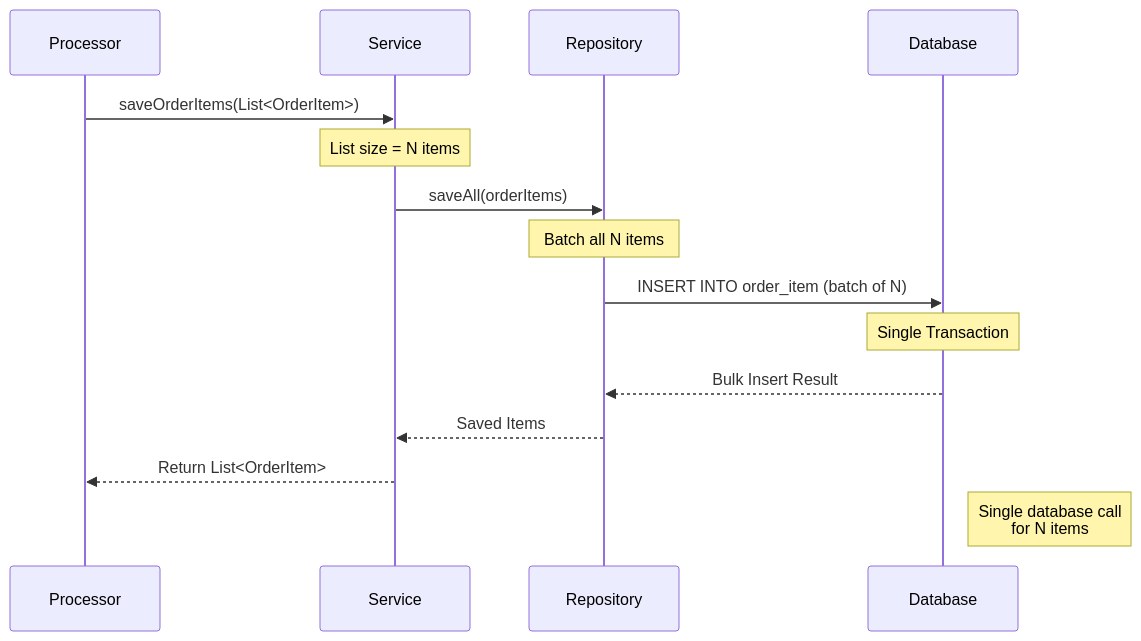
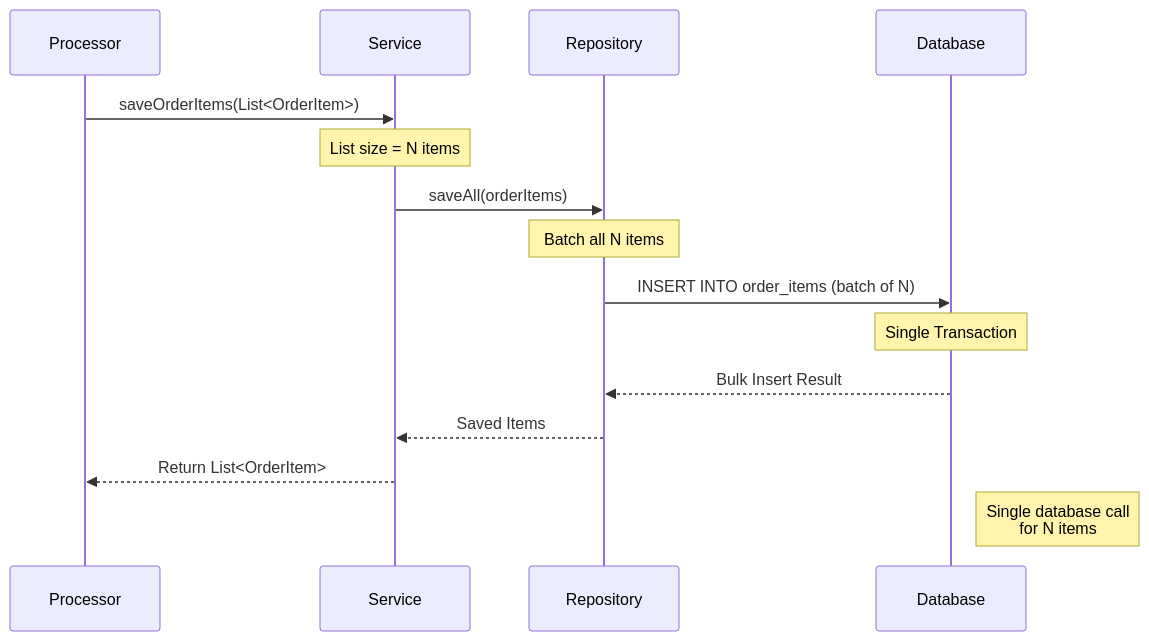
One commit to Waleed2660/springboot-learning-kit changed the second of 2 diagrams in tasks/Task 6 - Database Schema Migration & Optimisation.md. Above: the diagram before and after it, drawn with Mermaid. The commit also changed other lines of this file and 8 other files, not shown here.

````diff
--- a/tasks/Task 6 - Database Schema Migration & Optimisation.md
+++ b/tasks/Task 6 - Database Schema Migration & Optimisation.md
@@ -337,20 +337,20 @@
 ```mermaid
 sequenceDiagram
     participant C as Processor
     participant S as Service
     participant R as Repository
     participant DB as Database
 
     C->>S: saveOrderItems(List<OrderItem>)
     Note over S: List size = N items
 
     S->>R: saveAll(orderItems)
     Note over R: Batch all N items
-    R->>DB: INSERT INTO order_item (batch of N)
+    R->>DB: INSERT INTO order_items (batch of N)
     Note over DB: Single Transaction
     DB-->>R: Bulk Insert Result
     R-->>S: Saved Items
     S-->>C: Return List<OrderItem>
 
     Note right of DB: Single database call<br/>for N items
 ```
````
